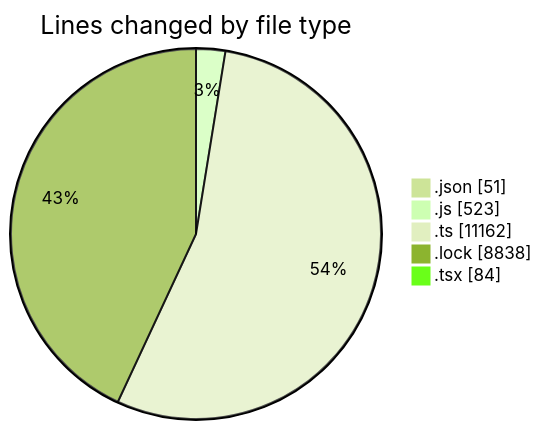
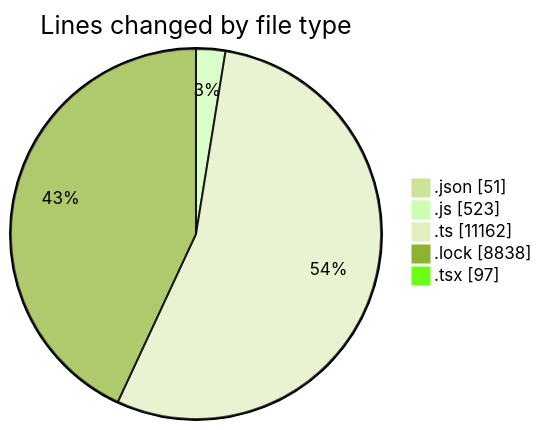
Before and after one commit to momahboobian/code-tracking: the first of 2 diagrams in 2025-10-08/cda/README.md, drawn with Mermaid (forest theme). The commit also changed other lines of this file and 1 other file, not shown here.

````diff
--- a/2025-10-08/cda/README.md
+++ b/2025-10-08/cda/README.md
@@ -32,9 +32,9 @@
 ```mermaid
 pie showData
 title Lines changed by file type
 ".json" : 51
 ".js" : 523
 ".ts" : 11162
 ".lock" : 8838
-".tsx" : 84
+".tsx" : 97
 ```
````
